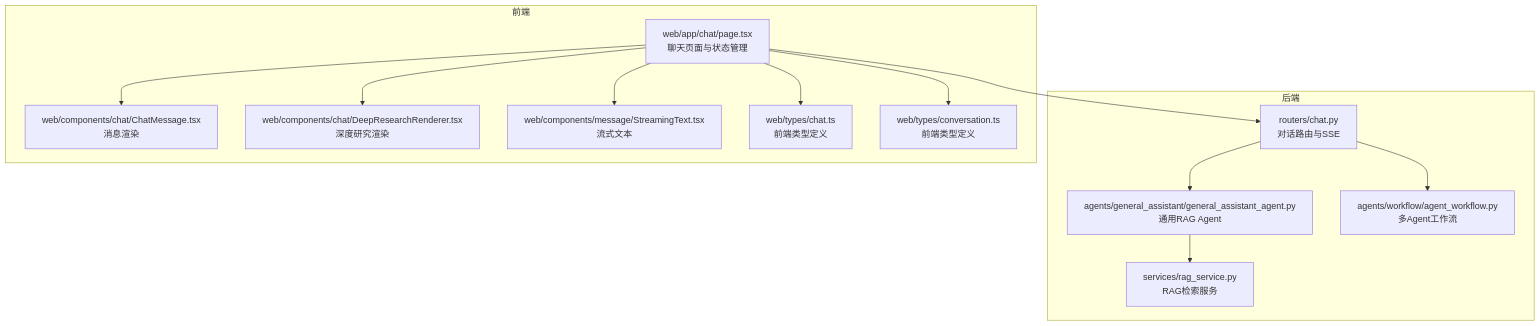
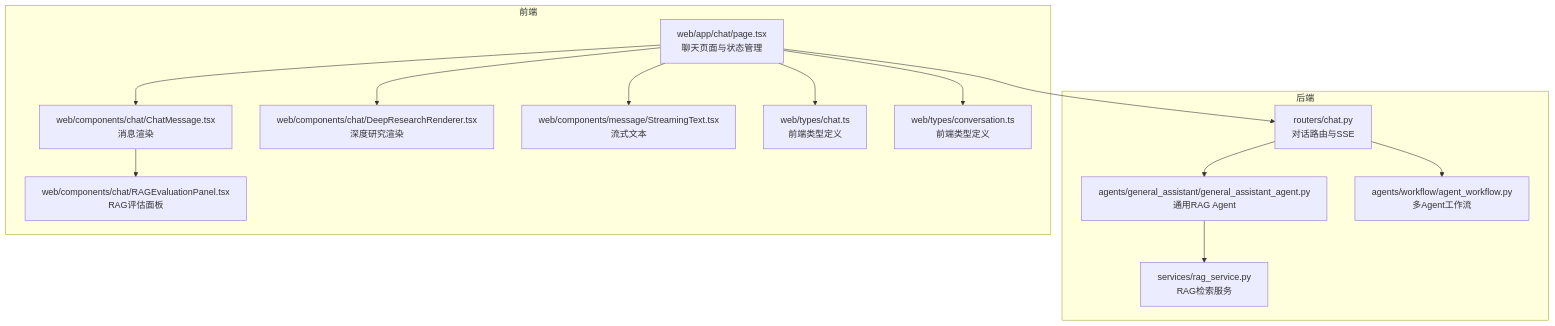
One commit to iammm0/advanced-rag changed the first of 7 diagrams in .qoder/repowiki/zh/content/核心功能模块/对话系统/对话系统.md. Above: the diagram before and after it, drawn with Mermaid. The commit also changed other lines of this file and 5 other files, not shown here.

````diff
--- a/.qoder/repowiki/zh/content/核心功能模块/对话系统/对话系统.md
+++ b/.qoder/repowiki/zh/content/核心功能模块/对话系统/对话系统.md
@@ -39,26 +49,28 @@
 ```mermaid
 graph TB
 subgraph "后端"
 R["routers/chat.py<br/>对话路由与SSE"]
 GA["agents/general_assistant/general_assistant_agent.py<br/>通用RAG Agent"]
 WF["agents/workflow/agent_workflow.py<br/>多Agent工作流"]
 RS["services/rag_service.py<br/>RAG检索服务"]
 end
 subgraph "前端"
 P["web/app/chat/page.tsx<br/>聊天页面与状态管理"]
 CM["web/components/chat/ChatMessage.tsx<br/>消息渲染"]
+REP["web/components/chat/RAGEvaluationPanel.tsx<br/>RAG评估面板"]
 DR["web/components/chat/DeepResearchRenderer.tsx<br/>深度研究渲染"]
 ST["web/components/message/StreamingText.tsx<br/>流式文本"]
 T1["web/types/chat.ts<br/>前端类型定义"]
 T2["web/types/conversation.ts<br/>前端类型定义"]
 end
 P --> R
 R --> GA
 R --> WF
 GA --> RS
 P --> CM
+CM --> REP
 P --> DR
 P --> ST
 P --> T1
 P --> T2
 ```
````
